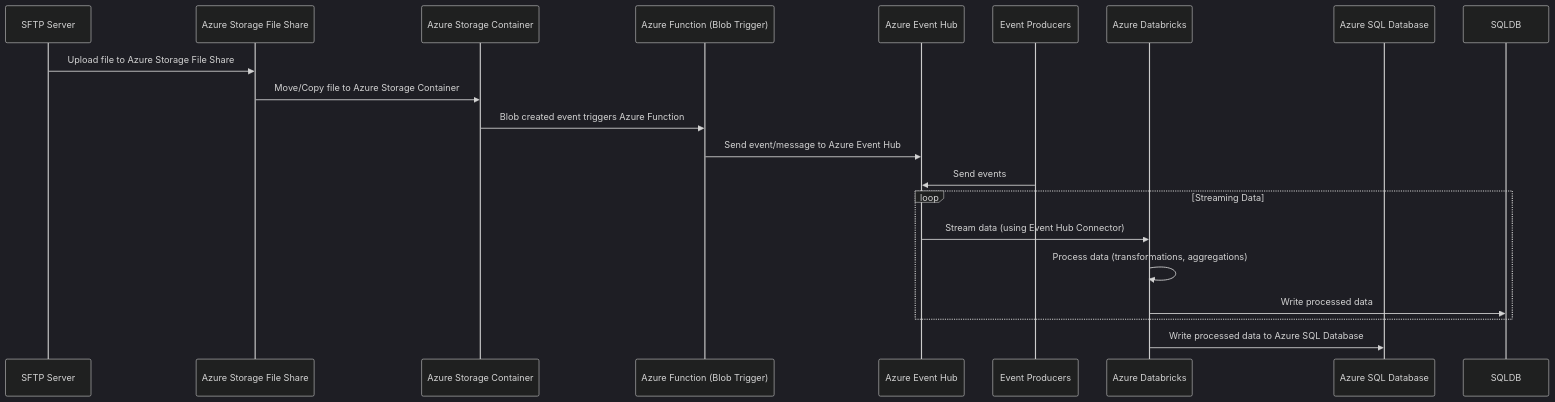
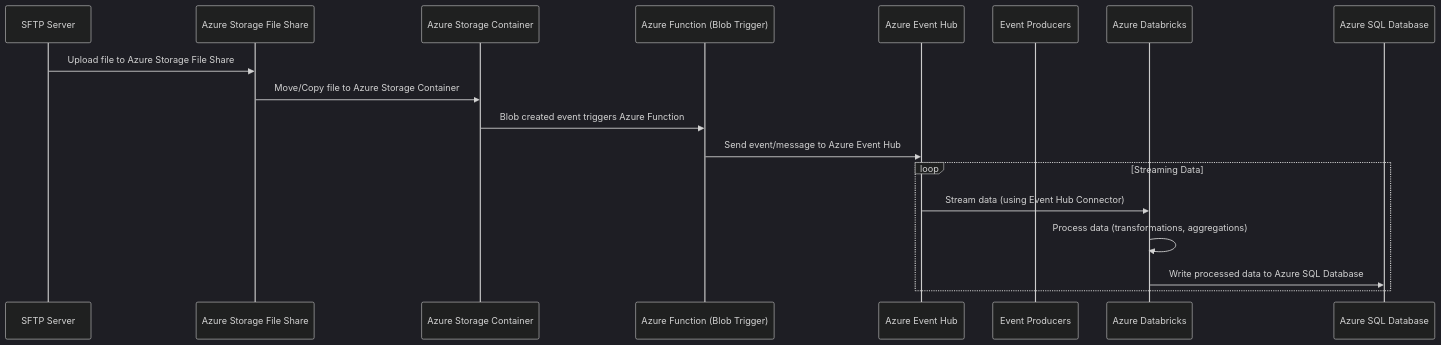
The diagram in README.md (oigbokwe73/Data-Ingestion-into-Databricks), drawn with Mermaid (dark theme) before and after one commit.

````diff
--- a/README.md
+++ b/README.md
@@ -4,22 +4,21 @@
 ```mermaid
 sequenceDiagram
     participant SFTP as SFTP Server
     participant FileShare as Azure Storage File Share
     participant BlobStorage as Azure Storage Container
     participant Func as Azure Function (Blob Trigger)
     participant EventHub as Azure Event Hub
     participant Producer as Event Producers
     participant Databricks as Azure Databricks
     participant SQL as Azure SQL Database
 
     SFTP->>FileShare: Upload file to Azure Storage File Share
     FileShare->>BlobStorage: Move/Copy file to Azure Storage Container
     BlobStorage->>Func: Blob created event triggers Azure Function
     Func->>EventHub: Send event/message to Azure Event Hub
-   Producer->>EventHub: Send events
     loop Streaming Data
         EventHub->>Databricks: Stream data (using Event Hub Connector)
         Databricks->>Databricks: Process data (transformations, aggregations)
-        Databricks->>SQLDB: Write processed data
-    end   Databricks->>SQL: Write processed data to Azure SQL Database
+        Databricks->>SQL: Write processed data to Azure SQL Database
+    end   
 ```
````
